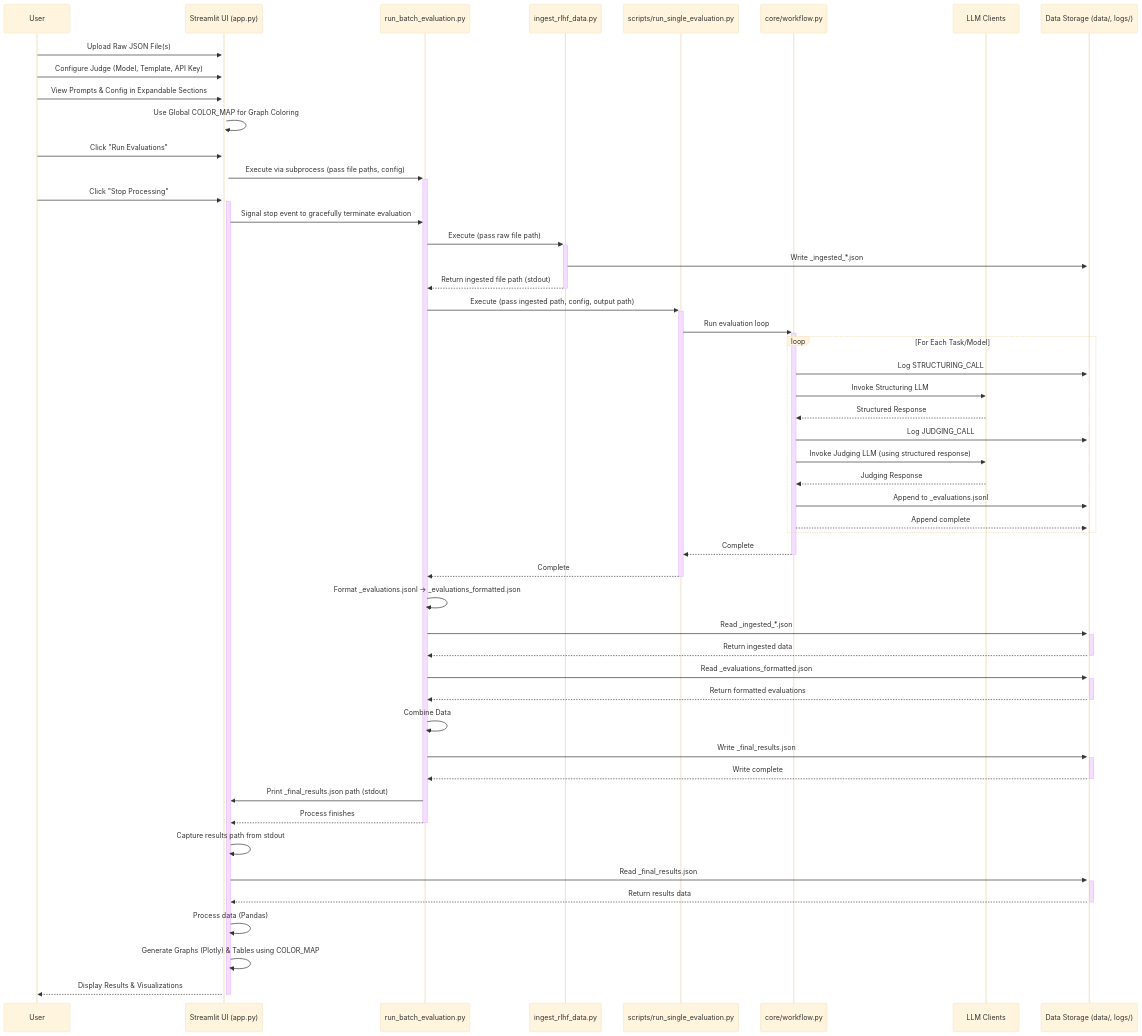
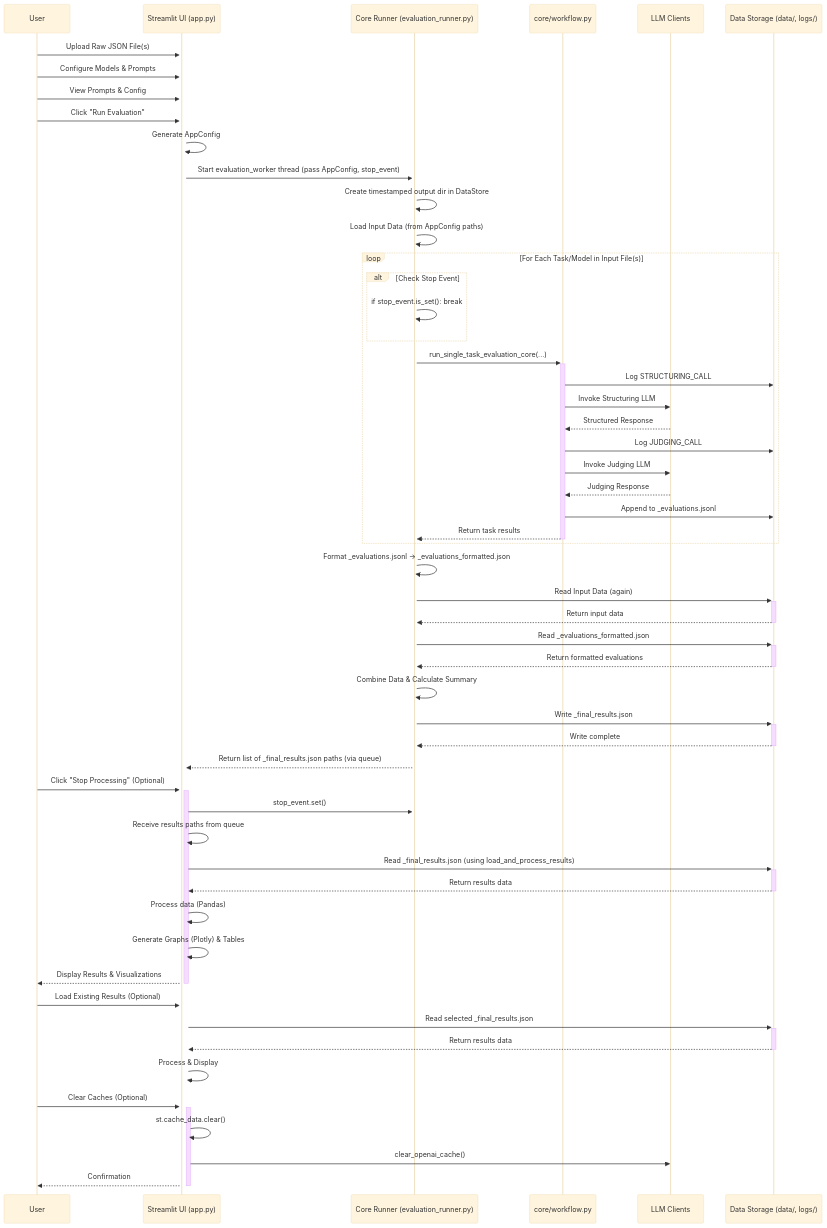
Before and after one commit to Mathews-Tom/CogniBench: the second of 2 diagrams in docs/overview.md, drawn with Mermaid (base theme). The commit also changed other lines of this file and 1 other file, not shown here.

First line of the commit message:
docs: Update README and overview for Streamlit refactor

````diff
--- a/docs/overview.md
+++ b/docs/overview.md
@@ -98,60 +107,65 @@
 ```mermaid
-sequenceDiagram
-    participant User
-    participant UI as Streamlit UI (app.py)
-    participant BatchScript as run_batch_evaluation.py
-    participant IngestScript as ingest_rlhf_data.py
-    participant EvalScript as scripts/run_single_evaluation.py
-    participant CoreWorkflow as core/workflow.py
-    participant LLMClient as LLM Clients
-    participant DataStore as Data Storage (data/, logs/)
+ sequenceDiagram
+     participant User
+     participant UI as Streamlit UI (app.py)
+     participant CoreRunner as Core Runner (evaluation_runner.py)
+     participant CoreWorkflow as core/workflow.py
+     participant LLMClient as LLM Clients
+     participant DataStore as Data Storage (data/, logs/)
 
-    User->>+UI: Upload Raw JSON File(s)
-    User->>UI: Configure Judge (Model, Template, API Key)
-    User->>UI: View Prompts & Config in Expandable Sections
-    UI->>UI: Use Global COLOR_MAP for Graph Coloring
-    User->>+UI: Click "Run Evaluations"
-    UI->>+BatchScript: Execute via subprocess (pass file paths, config)
-    User->>+UI: Click "Stop Processing"
-    UI->>BatchScript: Signal stop event to gracefully terminate evaluation
+     User->>+UI: Upload Raw JSON File(s)
+     User->>UI: Configure Models & Prompts
+     User->>UI: View Prompts & Config
+     User->>+UI: Click "Run Evaluation"
+     UI->>UI: Generate AppConfig
+     UI->>+CoreRunner: Start evaluation_worker thread (pass AppConfig, stop_event)
 
-    BatchScript->>+IngestScript: Execute (pass raw file path)
-    IngestScript->>+DataStore: Write _ingested_*.json
-    IngestScript-->>-BatchScript: Return ingested file path (stdout)
+     CoreRunner->>CoreRunner: Create timestamped output dir in DataStore
+     CoreRunner->>CoreRunner: Load Input Data (from AppConfig paths)
 
-    BatchScript->>+EvalScript: Execute (pass ingested path, config, output path)
-    EvalScript->>+CoreWorkflow: Run evaluation loop
+     loop For Each Task/Model in Input File(s)
+         alt Check Stop Event
+             CoreRunner->>CoreRunner: if stop_event.is_set(): break
+         end
+         CoreRunner->>+CoreWorkflow: run_single_task_evaluation_core(...)
+         CoreWorkflow->>DataStore: Log STRUCTURING_CALL
+         CoreWorkflow->>LLMClient: Invoke Structuring LLM
+         LLMClient-->>CoreWorkflow: Structured Response
+         CoreWorkflow->>DataStore: Log JUDGING_CALL
+         CoreWorkflow->>LLMClient: Invoke Judging LLM
+         LLMClient-->>CoreWorkflow: Judging Response
+         CoreWorkflow->>DataStore: Append to _evaluations.jsonl
+         CoreWorkflow-->>-CoreRunner: Return task results
+     end
 
-    loop For Each Task/Model
-        CoreWorkflow->>DataStore: Log STRUCTURING_CALL
-        CoreWorkflow->>LLMClient: Invoke Structuring LLM
-        LLMClient-->>CoreWorkflow: Structured Response
-        CoreWorkflow->>DataStore: Log JUDGING_CALL
-        CoreWorkflow->>LLMClient: Invoke Judging LLM (using structured response)
-        LLMClient-->>CoreWorkflow: Judging Response
-        CoreWorkflow->>DataStore: Append to _evaluations.jsonl
-        CoreWorkflow-->>DataStore: Append complete
-    end
+     CoreRunner->>CoreRunner: Format _evaluations.jsonl -> _evaluations_formatted.json
+     CoreRunner->>+DataStore: Read Input Data (again)
+     DataStore-->>-CoreRunner: Return input data
+     CoreRunner->>+DataStore: Read _evaluations_formatted.json
+     DataStore-->>-CoreRunner: Return formatted evaluations
+     CoreRunner->>CoreRunner: Combine Data & Calculate Summary
+     CoreRunner->>+DataStore: Write _final_results.json
+     DataStore-->>-CoreRunner: Write complete
 
-    CoreWorkflow-->>-EvalScript: Complete
-    EvalScript-->>-BatchScript: Complete
+     CoreRunner-->>UI: Return list of _final_results.json paths (via queue)
 
-    BatchScript->>BatchScript: Format _evaluations.jsonl -> _evaluations_formatted.json
-    BatchScript->>+DataStore: Read _ingested_*.json
-    DataStore-->>-BatchScript: Return ingested data
-    BatchScript->>+DataStore: Read _evaluations_formatted.json
-    DataStore-->>-BatchScript: Return formatted evaluations
-    BatchScript->>BatchScript: Combine Data
-    BatchScript->>+DataStore: Write _final_results.json
-    DataStore-->>-BatchScript: Write complete
+     User->>+UI: Click "Stop Processing" (Optional)
+     UI->>CoreRunner: stop_event.set()
 
-    BatchScript->>UI: Print _final_results.json path (stdout)
-    BatchScript-->>-UI: Process finishes
-    UI->>UI: Capture results path from stdout
+     UI->>UI: Receive results paths from queue
+     UI->>+DataStore: Read _final_results.json (using load_and_process_results)
+     DataStore-->>-UI: Return results data
+     UI->>UI: Process data (Pandas)
+     UI->>UI: Generate Graphs (Plotly) & Tables
+     UI-->>-User: Display Results & Visualizations
 
-    UI->>+DataStore: Read _final_results.json
-    DataStore-->>-UI: Return results data
-    UI->>UI: Process data (Pandas)
-    UI->>UI: Generate Graphs (Plotly) & Tables using COLOR_MAP
-    UI-->>-User: Display Results & Visualizations
-```
+     User->>+UI: Load Existing Results (Optional)
+     UI->>+DataStore: Read selected _final_results.json
+     DataStore-->>-UI: Return results data
+     UI->>UI: Process & Display
+
+     User->>+UI: Clear Caches (Optional)
+     UI->>UI: st.cache_data.clear()
+     UI->>LLMClient: clear_openai_cache()
+     UI-->>-User: Confirmation
+ ```
````
